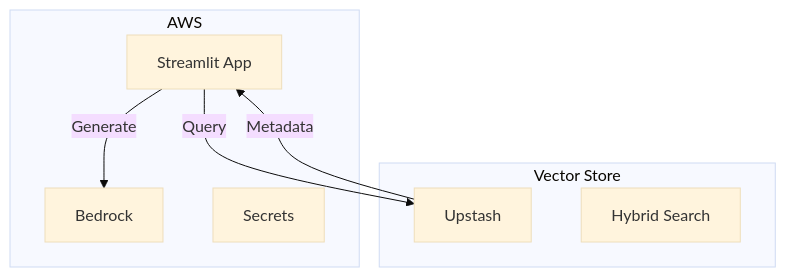
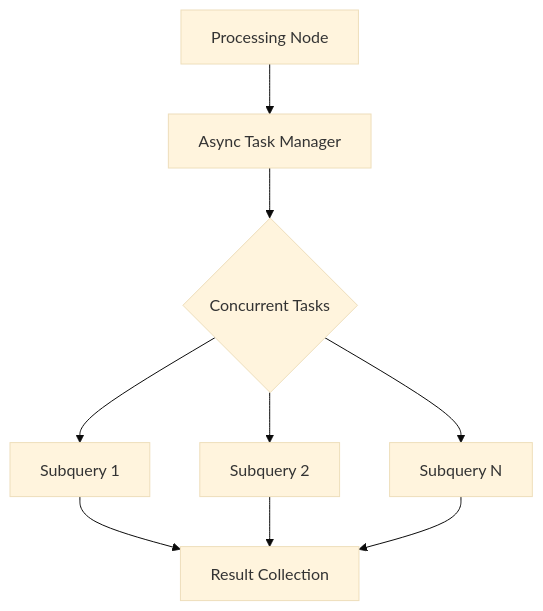
One commit to laialex501/lorechat-container changed the seventh of 7 diagrams in memory-bank/systemPatterns.md. Above: the diagram before and after it, drawn with Mermaid (base theme). The commit also changed other lines of this file and 18 other files, not shown here.

Commit message:
Add agentic conversation flow

````diff
--- a/memory-bank/systemPatterns.md
+++ b/memory-bank/systemPatterns.md
@@ -76,17 +211,13 @@
 ```mermaid
 graph TD
-    subgraph "AWS"
-        A[Streamlit App]
-        B[Bedrock]
-        C[Secrets]
-    end
+    A[Processing Node] --> B[Async Task Manager]
+    B --> C{Concurrent Tasks}
     
-    subgraph "Vector Store"
-        D[Upstash]
-        E[Hybrid Search]
-    end
+    C --> D[Subquery 1]
+    C --> E[Subquery 2]
+    C --> F[Subquery N]
     
-    A -->|Query| D
-    A -->|Generate| B
-    D -->|Metadata| A
+    D --> G[Result Collection]
+    E --> G
+    F --> G
 ```
````
